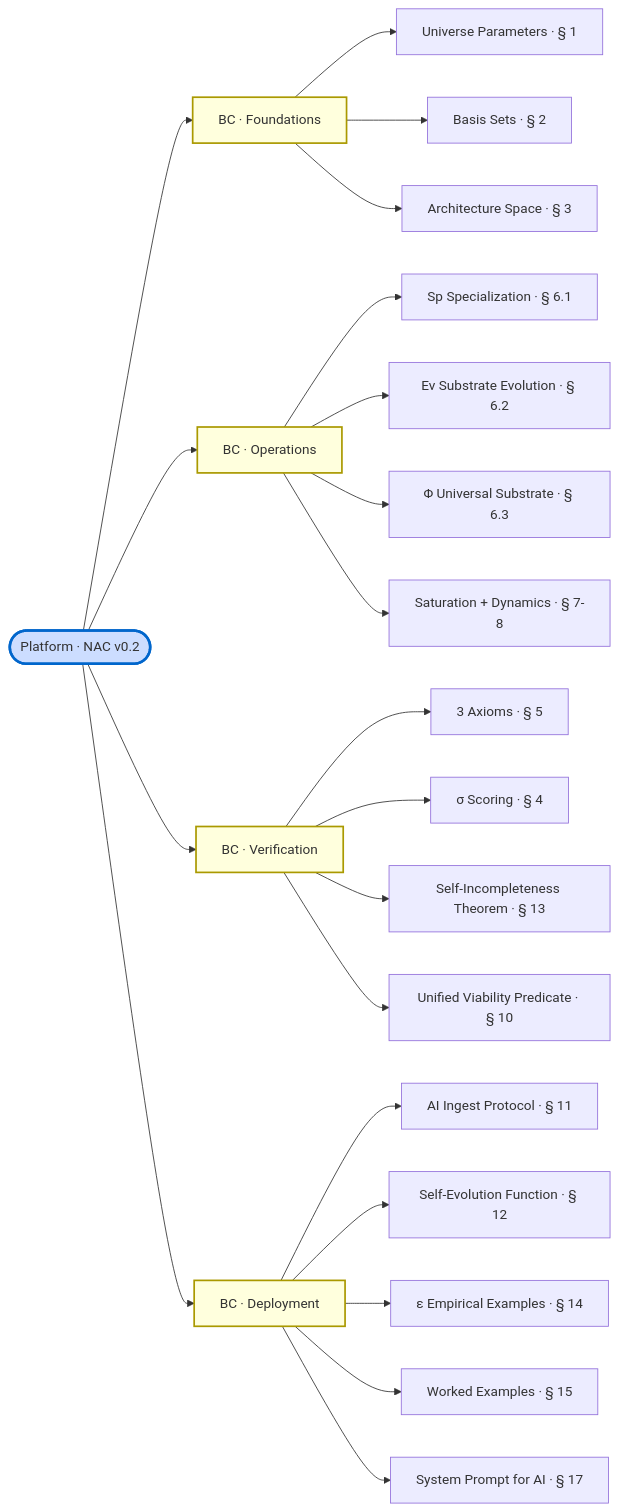
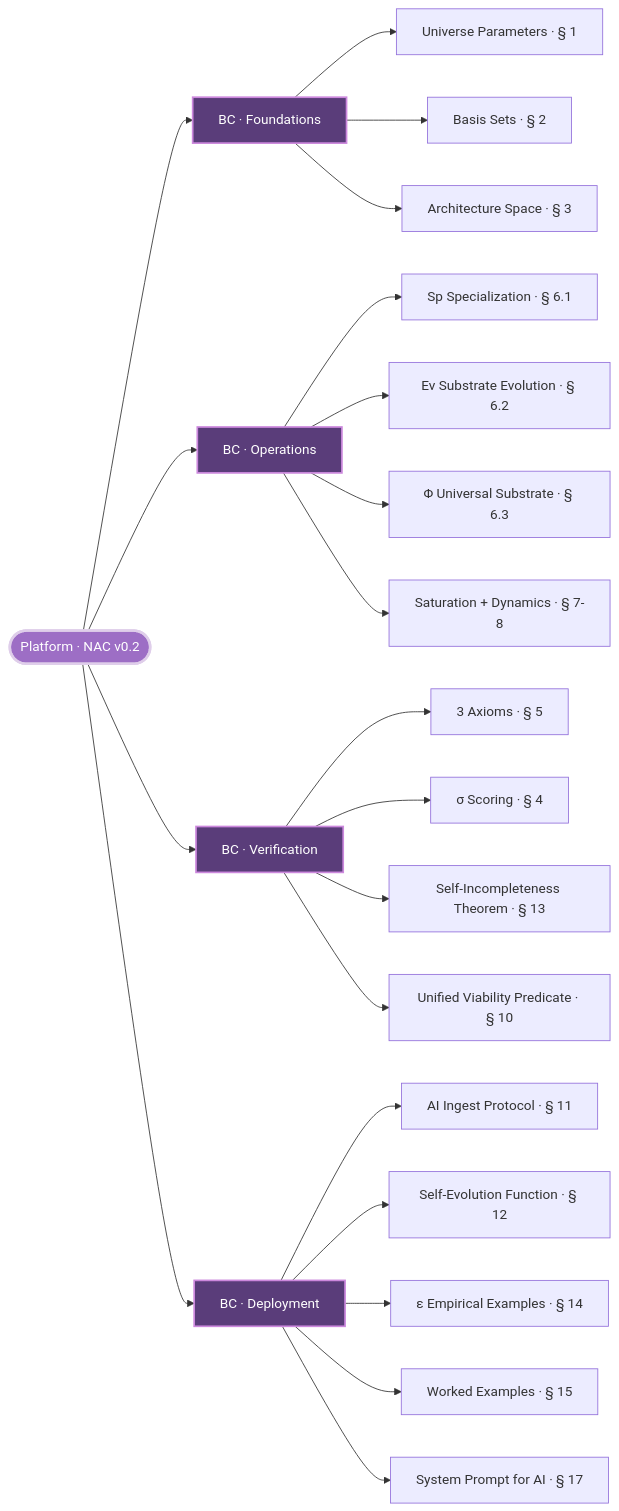
One commit to LostMaxi/nac-architecture-calculus changed the eighth of 9 diagrams in visuals.md. Above: the diagram before and after it, drawn with Mermaid. The commit also changed other lines of this file, not shown here.

First line of the commit message:
style(visuals): unify 9 classDef colors to 4-tier violet/iris palette

````diff
--- a/visuals.md
+++ b/visuals.md
@@ -251,34 +251,34 @@
 ```mermaid
 graph LR
     PLATFORM([Platform · NAC v0.2])
 
     PLATFORM --> BC1[BC · Foundations]
     PLATFORM --> BC2[BC · Operations]
     PLATFORM --> BC3[BC · Verification]
     PLATFORM --> BC4[BC · Deployment]
 
     BC1 --> Board11[Universe Parameters · § 1]
     BC1 --> Board12[Basis Sets · § 2]
     BC1 --> Board13[Architecture Space · § 3]
 
     BC2 --> Board21[Sp Specialization · § 6.1]
     BC2 --> Board22[Ev Substrate Evolution · § 6.2]
     BC2 --> Board23[Φ Universal Substrate · § 6.3]
     BC2 --> Board24[Saturation + Dynamics · § 7-8]
 
     BC3 --> Board31[3 Axioms · § 5]
     BC3 --> Board32[σ Scoring · § 4]
     BC3 --> Board33[Self-Incompleteness Theorem · § 13]
     BC3 --> Board34[Unified Viability Predicate · § 10]
 
     BC4 --> Board41[AI Ingest Protocol · § 11]
     BC4 --> Board42[Self-Evolution Function · § 12]
     BC4 --> Board43[ε Empirical Examples · § 14]
     BC4 --> Board44[Worked Examples · § 15]
     BC4 --> Board45[System Prompt for AI · § 17]
 
-    classDef platform fill:#cdf,stroke:#06c,stroke-width:3px
+    classDef platform fill:#9d6ec5,stroke:#dfceea,stroke-width:3px,color:#ffffff
     class PLATFORM platform
-    classDef bc fill:#ffd,stroke:#a90,stroke-width:2px
+    classDef bc fill:#5a3d7a,stroke:#cc88dd,stroke-width:2px,color:#ffffff
     class BC1,BC2,BC3,BC4 bc
 ```
````
